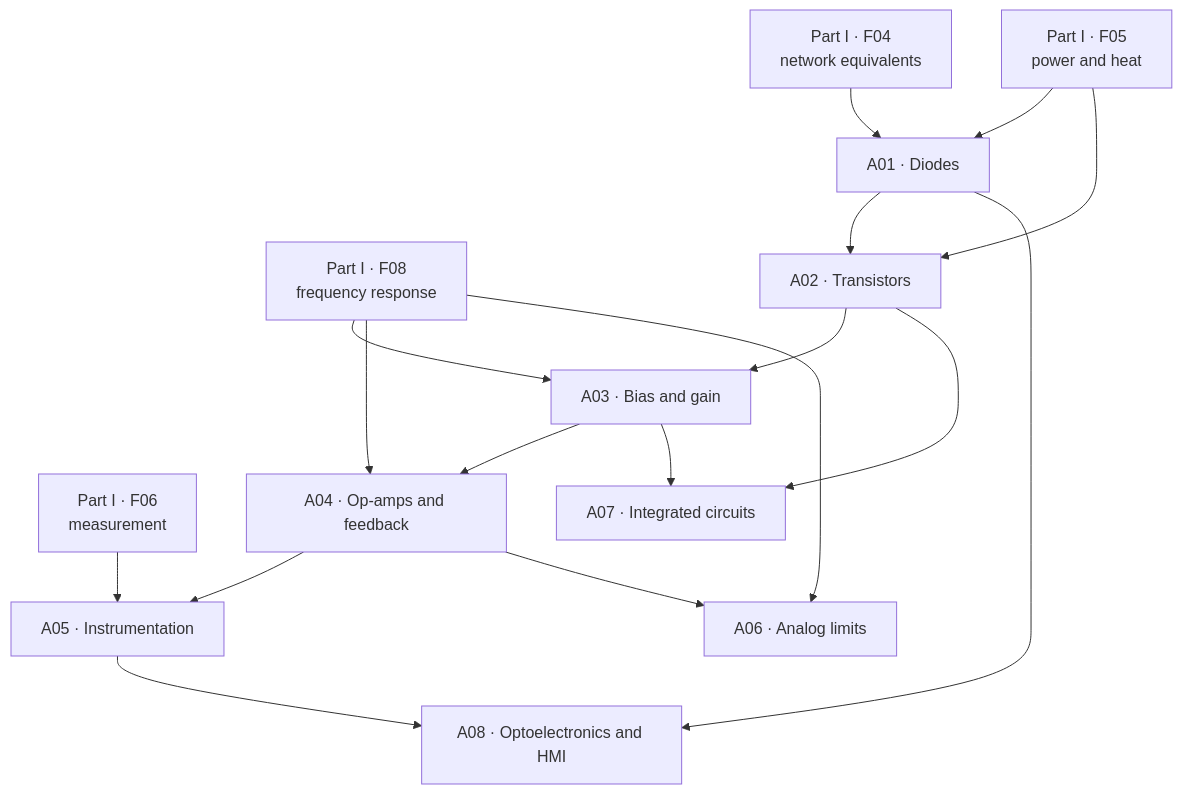
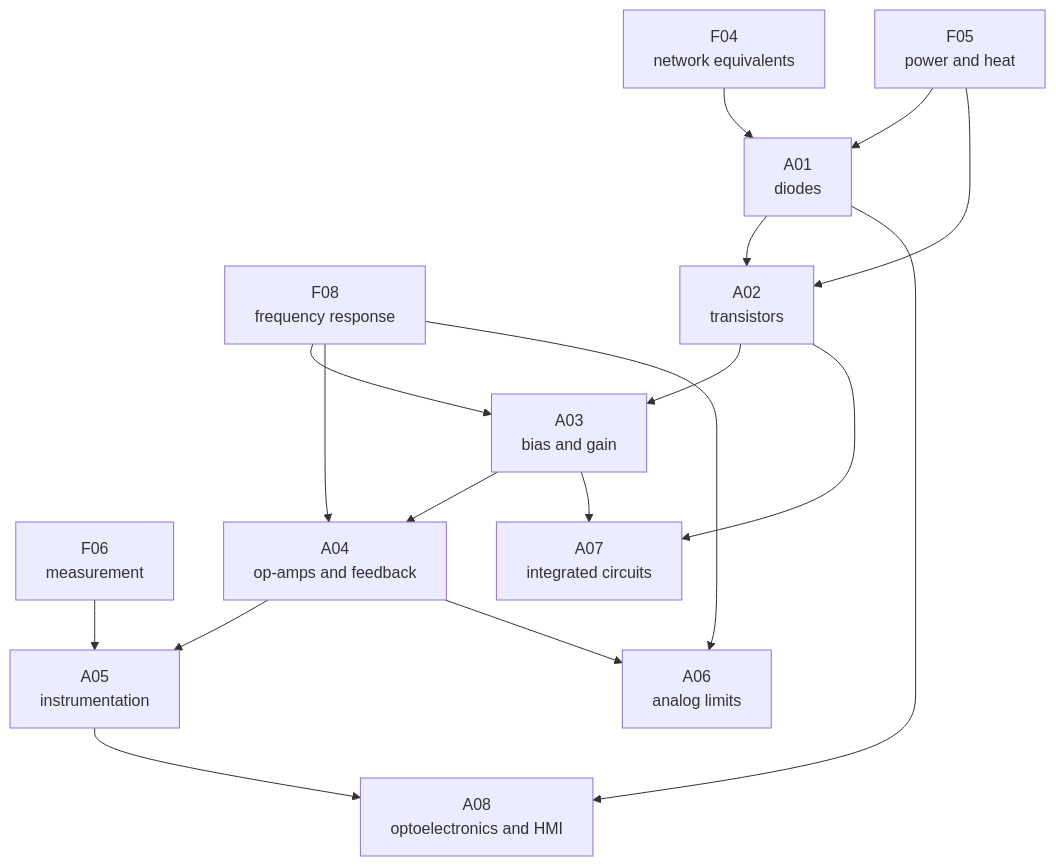
The diagram in curriculum/book/02-analog/index.qmd (azinke/emm.edu), drawn with Mermaid before and after one commit. The commit also changed other lines of this file and 21 other files, not shown here.

````diff
--- a/curriculum/book/02-analog/index.qmd
+++ b/curriculum/book/02-analog/index.qmd
@@ -174,37 +82,37 @@
 ```{mermaid}
 %%| label: fig-analog-dependencies
-%%| fig-cap: "The direct prerequisite graph for Part II. Every arrow means that the source chapter is a prerequisite of the destination in `chapters.toml`; page order and broader conceptual handoffs are described separately."
-%%| fig-alt: "A vertical prerequisite graph. F04 and F05 lead to A01. A01 and F05 lead to A02. A02 and F08 lead to A03. A03 and F08 lead to A04. A04 and F06 lead to A05. A04 and F08 lead to A06. A02 and A03 lead to A07. A01 and A05 lead to A08."
+%%| fig-cap: "Direct prerequisites for Part II. Page order and conceptual handoffs are described in the text."
+%%| fig-alt: "F04 and F05 lead to A01. A01 and F05 lead to A02. A02 and F08 lead to A03. A03 and F08 lead to A04. A04 and F06 lead to A05. A04 and F08 lead to A06. A02 and A03 lead to A07. A01 and A05 lead to A08."
 %%| fig-width: 6.1
 flowchart TB
-  F04["Part I · F04<br/>network equivalents"]
-  F05["Part I · F05<br/>power and heat"]
-  F06["Part I · F06<br/>measurement"]
-  F08["Part I · F08<br/>frequency response"]
+  F04["F04<br/>network equivalents"]
+  F05["F05<br/>power and heat"]
+  F06["F06<br/>measurement"]
+  F08["F08<br/>frequency response"]
 
-  A01["A01 · Diodes"]
-  A02["A02 · Transistors"]
-  A03["A03 · Bias and gain"]
-  A04["A04 · Op-amps and feedback"]
-  A05["A05 · Instrumentation"]
-  A06["A06 · Analog limits"]
-  A07["A07 · Integrated circuits"]
-  A08["A08 · Optoelectronics and HMI"]
+  A01["A01<br/>diodes"]
+  A02["A02<br/>transistors"]
+  A03["A03<br/>bias and gain"]
+  A04["A04<br/>op-amps and feedback"]
+  A05["A05<br/>instrumentation"]
+  A06["A06<br/>analog limits"]
+  A07["A07<br/>integrated circuits"]
+  A08["A08<br/>optoelectronics and HMI"]
 
   F04 --> A01
   F05 --> A01
   F05 --> A02
   A01 --> A02
   F08 --> A03
   A02 --> A03
   F08 --> A04
   A03 --> A04
   F06 --> A05
   A04 --> A05
   F08 --> A06
   A04 --> A06
   A02 --> A07
   A03 --> A07
   A01 --> A08
   A05 --> A08
 ```
````
